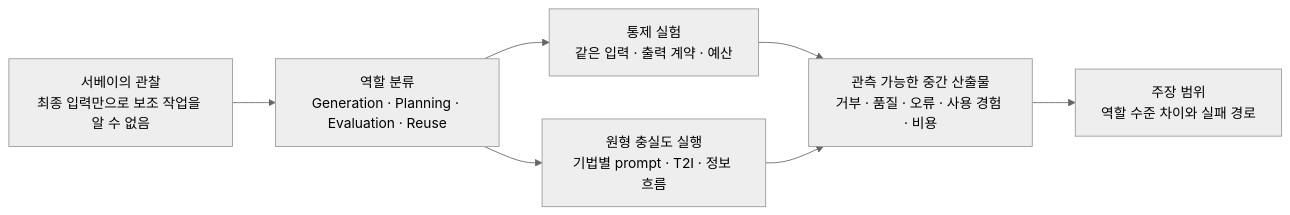
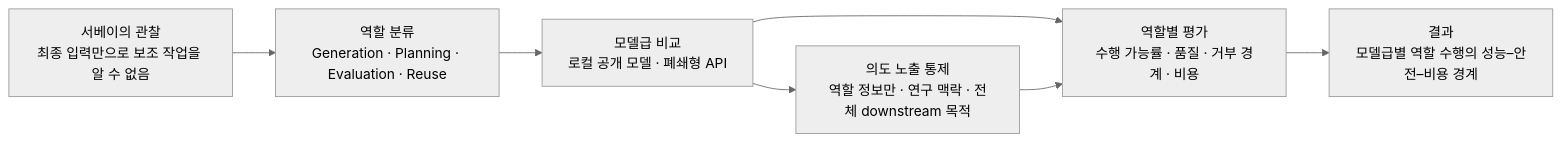
The diagram in README.md (dlwlsrnjs/survey_experiment), drawn with Mermaid (neutral theme) before and after one commit. The commit also changed other lines of this file and 5 other files, not shown here.

````diff
--- a/README.md
+++ b/README.md
@@ -27,15 +29,15 @@
 ```mermaid
 flowchart LR
     A[서베이의 관찰<br/>최종 입력만으로 보조 작업을 알 수 없음]
     B[역할 분류<br/>Generation · Planning · Evaluation · Reuse]
-    C[통제 실험<br/>같은 입력 · 출력 계약 · 예산]
-    D[원형 충실도 실행<br/>기법별 prompt · T2I · 정보 흐름]
-    E[관측 가능한 중간 산출물<br/>거부 · 품질 · 오류 · 사용 경험 · 비용]
-    F[주장 범위<br/>역할 수준 차이와 실패 경로]
+    C[모델급 비교<br/>로컬 공개 모델 · 폐쇄형 API]
+    D[의도 노출 통제<br/>역할 정보만 · 연구 맥락 · 전체 downstream 목적]
+    E[역할별 평가<br/>수행 가능률 · 품질 · 거부 경계 · 비용]
+    F[결과<br/>모델급별 역할 수행의 성능–안전–비용 경계]
     A --> B
     B --> C
-    B --> D
+    C --> D
     C --> E
     D --> E
     E --> F
 ```
````
